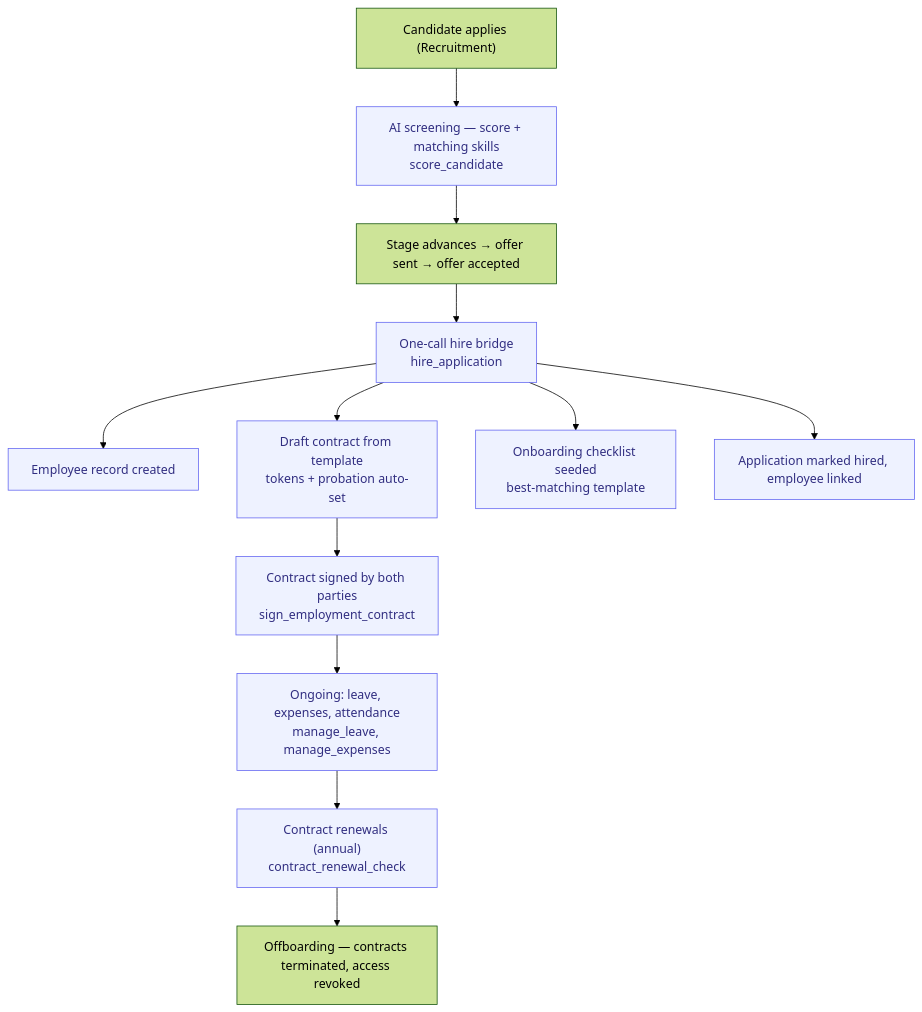
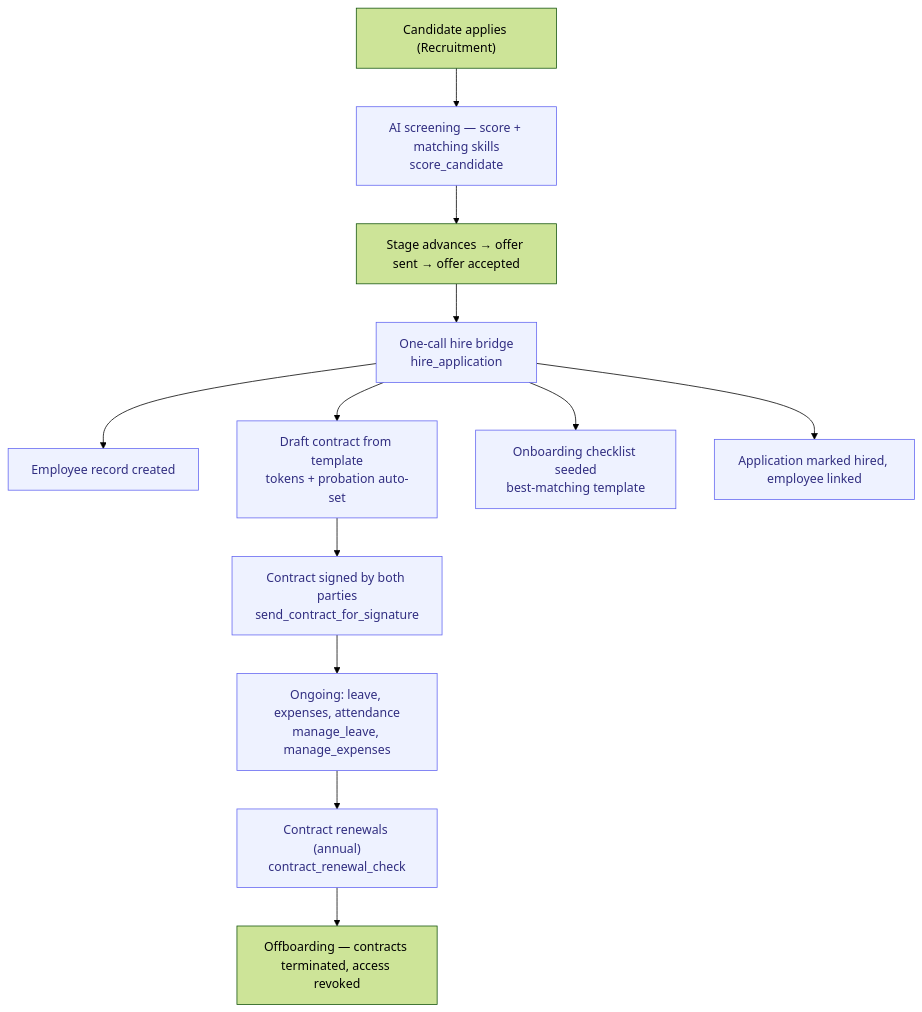
The diagram in docs/processes/hire-to-retire.md (magnusfroste/flowwink), drawn with Mermaid (forest theme) before and after one commit. The commit also changed other lines of this file and 12 other files, not shown here.

````diff
--- a/docs/processes/hire-to-retire.md
+++ b/docs/processes/hire-to-retire.md
@@ -27,17 +27,17 @@
 ```mermaid
 flowchart TD
     A["Candidate applies (Recruitment)"] --> B["AI screening — score + matching skills<br/>score_candidate"]
     B --> C["Stage advances → offer sent → offer accepted"]
     C --> D["One-call hire bridge<br/>hire_application"]
     D --> D1["Employee record created"]
     D --> D2["Draft contract from template<br/>tokens + probation auto-set"]
     D --> D3["Onboarding checklist seeded<br/>best-matching template"]
     D --> D4["Application marked hired, employee linked"]
-    D2 --> E["Contract signed by both parties<br/>sign_employment_contract"]
+    D2 --> E["Contract signed by both parties<br/>send_contract_for_signature"]
     E --> F["Ongoing: leave, expenses, attendance<br/>manage_leave, manage_expenses"]
     F --> G["Contract renewals (annual)<br/>contract_renewal_check"]
     G --> H["Offboarding — contracts terminated, access revoked"]
 
     classDef agent fill:#eef2ff,stroke:#6366f1,color:#312e81;
     class B,D,D1,D2,D3,D4,E,F,G agent
 ```
````
